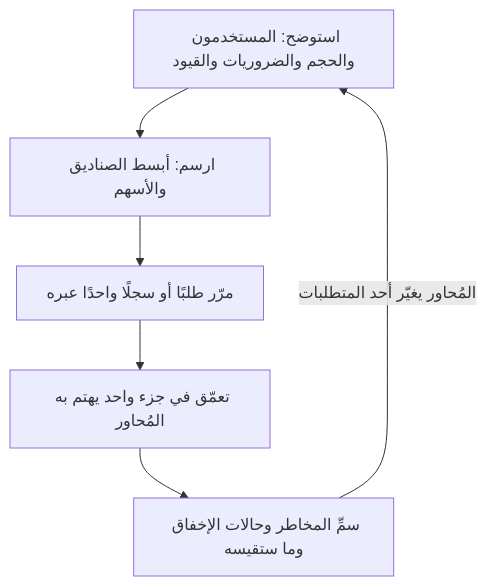
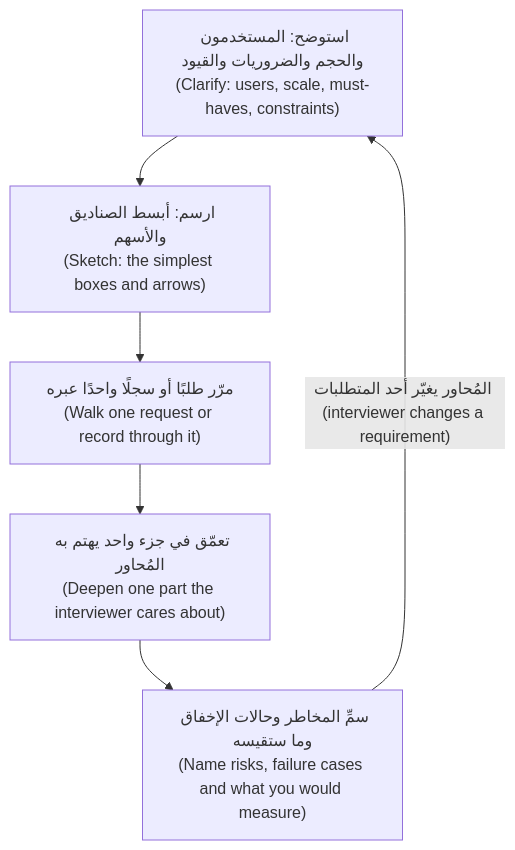
One commit to Tamoura/system-design-for-vibe-coders changed the third of 3 diagrams in career/modules/05-interviews.ar.md. Above: the diagram before and after it, drawn with Mermaid. The commit also changed other lines of this file and 20 other files, not shown here.

First line of the commit message:
New courses: Arabic diagrams read right-to-left with English labels (modules 0–6)

````diff
--- a/career/modules/05-interviews.ar.md
+++ b/career/modules/05-interviews.ar.md
@@ -561,8 +561,8 @@
 ```mermaid
 flowchart TD
-    A["استوضح: المستخدمون والحجم والضروريات والقيود"] --> B["ارسم: أبسط الصناديق والأسهم"]
-    B --> C["مرّر طلبًا أو سجلًا واحدًا عبره"]
-    C --> D["تعمّق في جزء واحد يهتم به المُحاور"]
-    D --> E["سمِّ المخاطر وحالات الإخفاق وما ستقيسه"]
-    E -->|"المُحاور يغيّر أحد المتطلبات"| A
+    A["استوضح: المستخدمون والحجم والضروريات والقيود<br/>(Clarify: users, scale, must-haves, constraints)"] --> B["ارسم: أبسط الصناديق والأسهم<br/>(Sketch: the simplest boxes and arrows)"]
+    B --> C["مرّر طلبًا أو سجلًا واحدًا عبره<br/>(Walk one request or record through it)"]
+    C --> D["تعمّق في جزء واحد يهتم به المُحاور<br/>(Deepen one part the interviewer cares about)"]
+    D --> E["سمِّ المخاطر وحالات الإخفاق وما ستقيسه<br/>(Name risks, failure cases and what you would measure)"]
+    E -->|"المُحاور يغيّر أحد المتطلبات (interviewer changes a requirement)"| A
 ```
````
